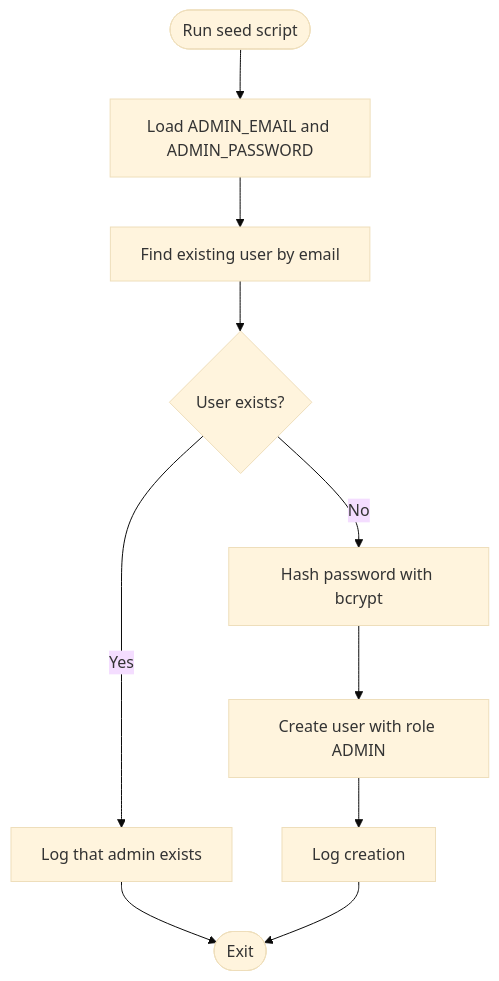
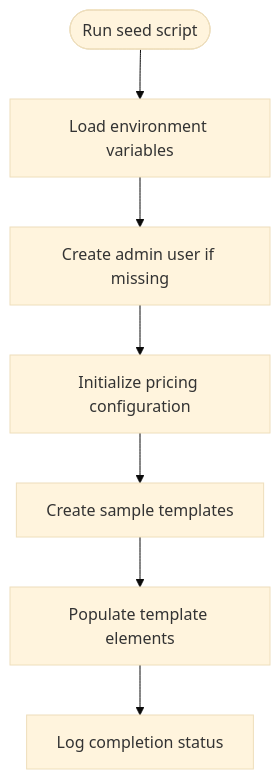
The sixth of 9 diagrams in .qoder/repowiki/en/content/Configuration & Environment/Database & Prisma Setup.md (Crowdspender/titchybooks-app), drawn with Mermaid (base theme) before and after one commit. The commit also changed other lines of this file and 23 other files, not shown here.

````diff
--- a/.qoder/repowiki/en/content/Configuration & Environment/Database & Prisma Setup.md
+++ b/.qoder/repowiki/en/content/Configuration & Environment/Database & Prisma Setup.md
@@ -217,10 +304,9 @@
 ```mermaid
 flowchart TD
-StartSeed(["Run seed script"]) --> LoadEnv["Load ADMIN_EMAIL and ADMIN_PASSWORD"]
-LoadEnv --> FindUser["Find existing user by email"]
-FindUser --> Exists{"User exists?"}
-Exists --> |Yes| LogExists["Log that admin exists"] --> EndSeed(["Exit"])
-Exists --> |No| HashPwd["Hash password with bcrypt"]
-HashPwd --> CreateUser["Create user with role ADMIN"]
-CreateUser --> LogCreate["Log creation"] --> EndSeed
+StartSeed(["Run seed script"]) --> LoadEnv["Load environment variables"]
+LoadEnv --> SeedAdmin["Create admin user if missing"]
+SeedAdmin --> SeedPricing["Initialize pricing configuration"]
+SeedPricing --> SeedTemplates["Create sample templates"]
+SeedTemplates --> CreateElements["Populate template elements"]
+CreateElements --> LogComplete["Log completion status"]
 ```
````
